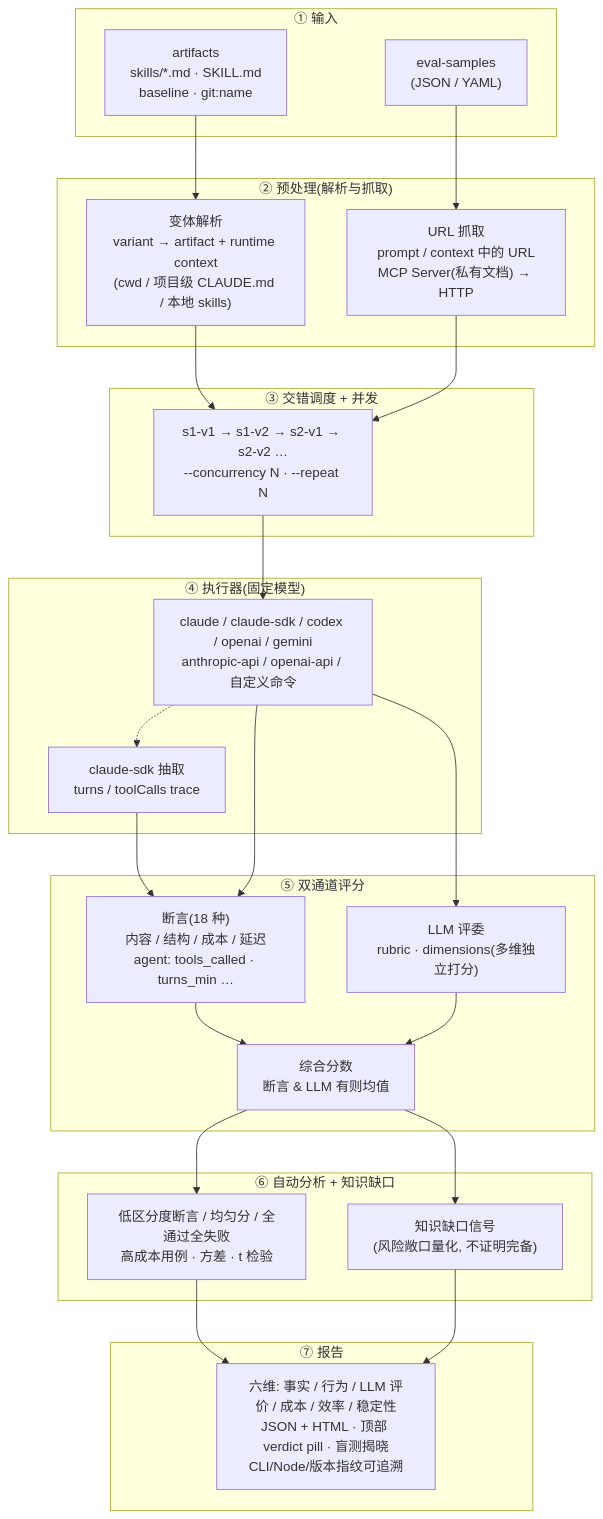
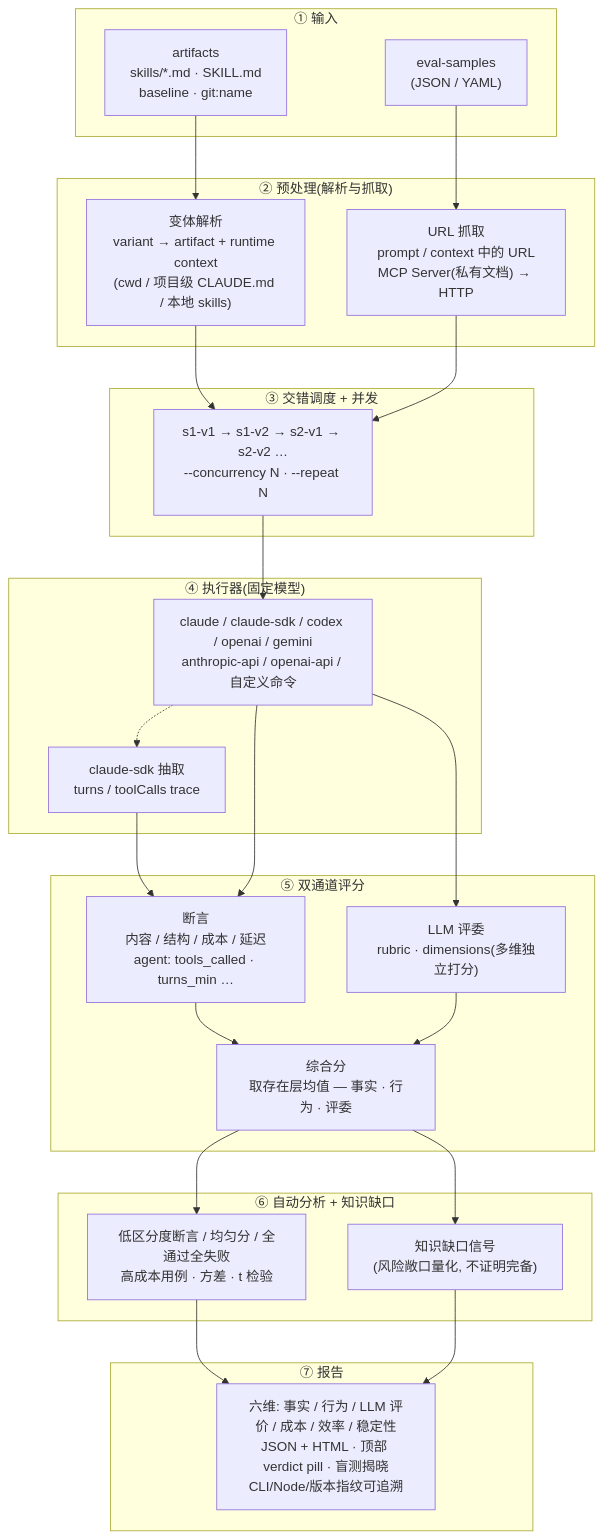
One commit to lizhiyao/oh-my-knowledge changed the diagram in docs/zh/explanation/architecture.md. Above: the diagram before and after it, drawn with Mermaid. The commit also changed other lines of this file and 13 other files, not shown here.

````diff
--- a/docs/zh/explanation/architecture.md
+++ b/docs/zh/explanation/architecture.md
@@ -5,52 +5,52 @@
 ```mermaid
 flowchart TD
     subgraph Input["① 输入"]
         S["eval-samples<br/>(JSON / YAML)"]
         A["artifacts<br/>skills/*.md · SKILL.md<br/>baseline · git:name"]
     end
 
     subgraph Prep["② 预处理(解析与抓取)"]
         V["变体解析<br/>variant → artifact + runtime context<br/>(cwd / 项目级 CLAUDE.md / 本地 skills)"]
         U["URL 抓取<br/>prompt / context 中的 URL<br/>MCP Server(私有文档) → HTTP"]
     end
 
     subgraph Schedule["③ 交错调度 + 并发"]
         Q["s1-v1 → s1-v2 → s2-v1 → s2-v2 …<br/>--concurrency N · --repeat N"]
     end
 
     subgraph Exec["④ 执行器(固定模型)"]
         E["claude / claude-sdk / codex / openai / gemini<br/>anthropic-api / openai-api / 自定义命令"]
         T["claude-sdk 抽取<br/>turns / toolCalls trace"]
         E -.-> T
     end
 
     subgraph Score["⑤ 双通道评分"]
-        AS["断言(18 种)<br/>内容 / 结构 / 成本 / 延迟<br/>agent: tools_called · turns_min …"]
+        AS["断言<br/>内容 / 结构 / 成本 / 延迟<br/>agent: tools_called · turns_min …"]
         LS["LLM 评委<br/>rubric · dimensions(多维独立打分)"]
-        CS["综合分数<br/>断言 & LLM 有则均值"]
+        CS["综合分<br/>取存在层均值 — 事实 · 行为 · 评委"]
         AS --> CS
         LS --> CS
     end
 
     subgraph Analyze["⑥ 自动分析 + 知识缺口"]
         D["低区分度断言 / 均匀分 / 全通过全失败<br/>高成本用例 · 方差 · t 检验"]
         G["知识缺口信号<br/>(风险敞口量化, 不证明完备)"]
     end
 
     subgraph Report["⑦ 报告"]
         R["六维: 事实 / 行为 / LLM 评价 / 成本 / 效率 / 稳定性<br/>JSON + HTML · 顶部 verdict pill · 盲测揭晓<br/>CLI/Node/版本指纹可追溯"]
     end
 
     S --> U
     A --> V
     V --> Q
     U --> Q
     Q --> E
     T --> AS
     E --> AS
     E --> LS
     CS --> D
     CS --> G
     D --> R
     G --> R
 ```
````
